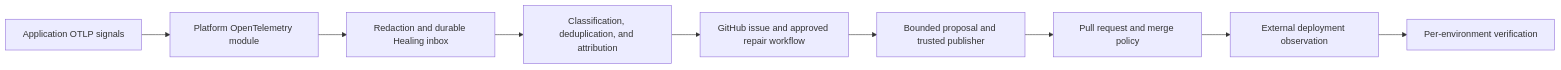
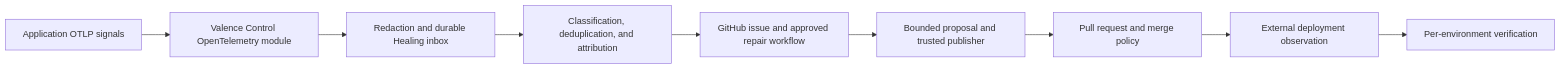
Before and after one commit to elsa-workflows/elsa-platform: the diagram in docs/healing/getting-started.md, drawn with Mermaid. The commit also changed other lines of this file and 296 other files, not shown here.

````diff
--- a/docs/healing/getting-started.md
+++ b/docs/healing/getting-started.md
@@ -11,11 +11,11 @@
 ```mermaid
 flowchart LR
-    A["Application OTLP signals"] --> B["Platform OpenTelemetry module"]
+    A["Application OTLP signals"] --> B["Valence Control OpenTelemetry module"]
     B --> C["Redaction and durable Healing inbox"]
     C --> D["Classification, deduplication, and attribution"]
     D --> E["GitHub issue and approved repair workflow"]
     E --> F["Bounded proposal and trusted publisher"]
     F --> G["Pull request and merge policy"]
     G --> H["External deployment observation"]
     H --> I["Per-environment verification"]
 ```
````
